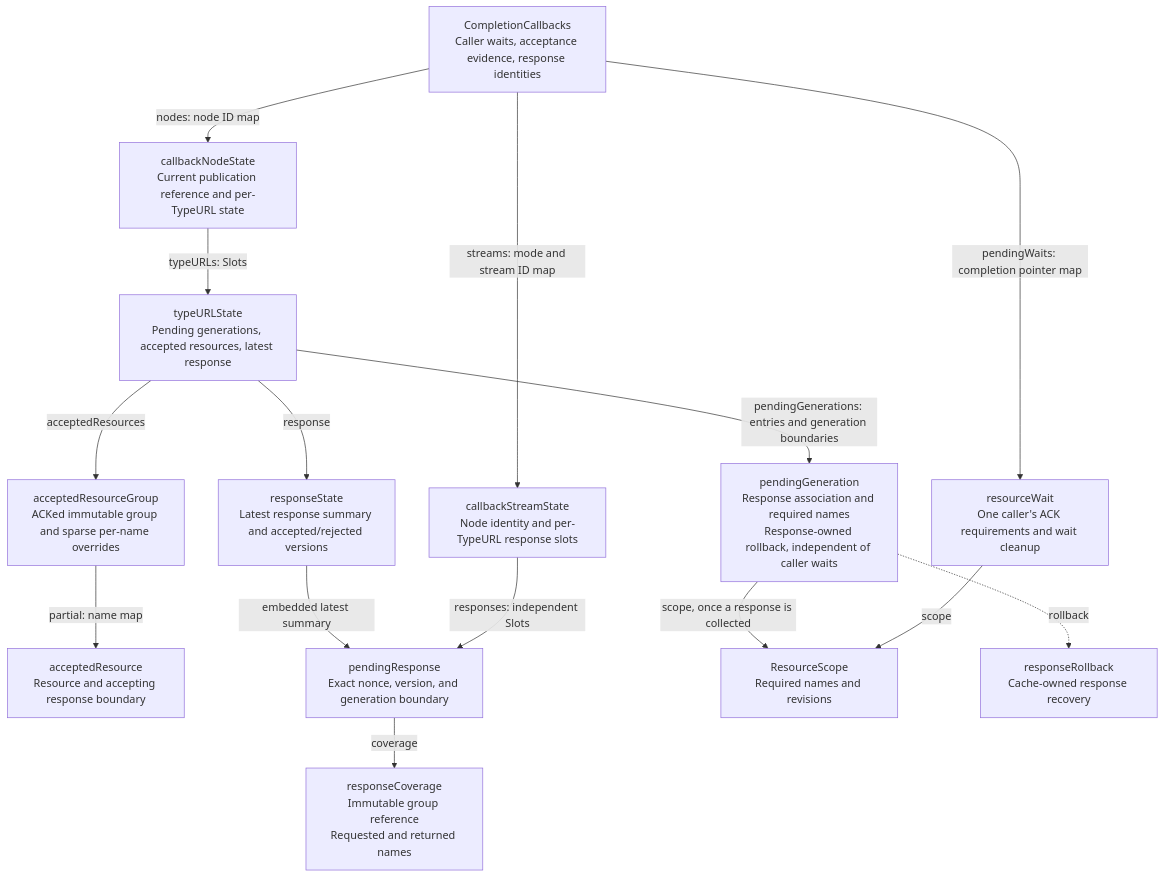
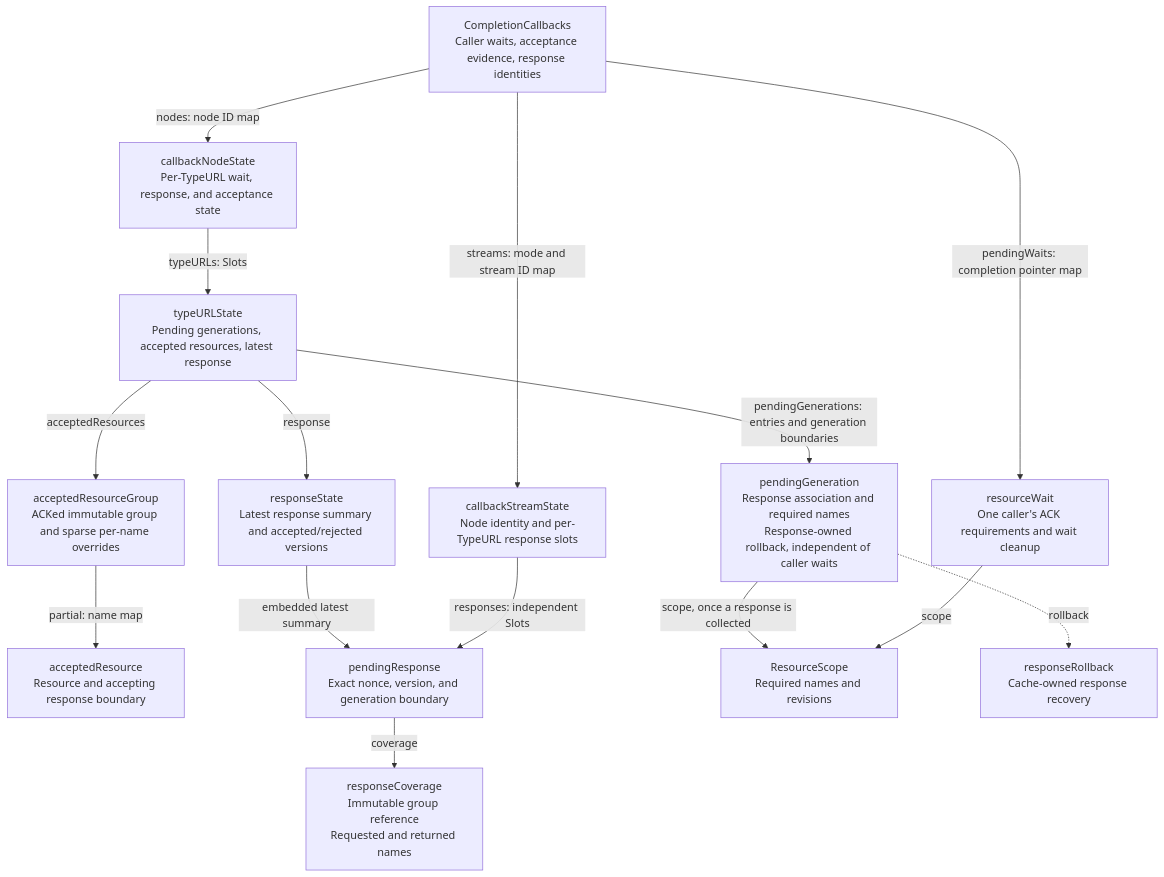
One commit to cilium/cilium changed the third of 4 diagrams in pkg/envoy/xdsnew/design.md. Above: the diagram before and after it, drawn with Mermaid. The commit also changed other lines of this file and 4 other files, not shown here.

````diff
--- a/pkg/envoy/xdsnew/design.md
+++ b/pkg/envoy/xdsnew/design.md
@@ -343,31 +344,31 @@
 ```mermaid
 flowchart TD
     callbacks["CompletionCallbacks<br/>Caller waits, acceptance evidence, response identities"]
-    node["callbackNodeState<br/>Current publication reference and per-TypeURL state"]
+    node["callbackNodeState<br/>Per-TypeURL wait, response, and acceptance state"]
     types["typeURLState<br/>Pending generations, accepted resources, latest response"]
     accepted["acceptedResourceGroup<br/>ACKed immutable group and sparse per-name overrides"]
     override["acceptedResource<br/>Resource and accepting response boundary"]
     latest["responseState<br/>Latest response summary and accepted/rejected versions"]
     generation["pendingGeneration<br/>Response association and required names<br/>Response-owned rollback, independent of caller waits"]
     stream["callbackStreamState<br/>Node identity and per-TypeURL response slots"]
     response["pendingResponse<br/>Exact nonce, version, and generation boundary"]
     coverage["responseCoverage<br/>Immutable group reference<br/>Requested and returned names"]
     wait["resourceWait<br/>One caller's ACK requirements and wait cleanup"]
     scope["ResourceScope<br/>Required names and revisions"]
     rollback["responseRollback<br/>Cache-owned response recovery"]
 
     callbacks -->|nodes: node ID map| node
     node -->|typeURLs: Slots| types
     types -->|acceptedResources| accepted
     accepted -->|partial: name map| override
     types -->|response| latest
     latest -->|embedded latest summary| response
     types -->|pendingGenerations: entries and generation boundaries| generation
     generation -.->|rollback| rollback
     generation -->|scope, once a response is collected| scope
     callbacks -->|streams: mode and stream ID map| stream
     stream -->|responses: independent Slots| response
     response -->|coverage| coverage
     callbacks -->|pendingWaits: completion pointer map| wait
     wait -->|scope| scope
 ```
````
